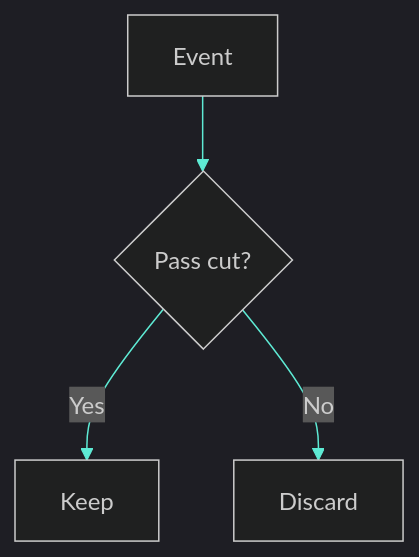
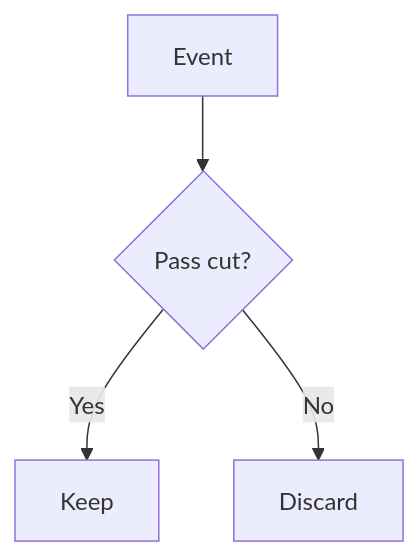
The second of 4 diagrams in lectures/content/slides/05_Markdown_and_VS_Code.md (MindaugasSarpis/CERN_lessons_on_data_analysis), drawn with Mermaid before and after one commit. The commit also changed other lines of this file and 11 other files, not shown here.

````diff
--- a/lectures/content/slides/05_Markdown_and_VS_Code.md
+++ b/lectures/content/slides/05_Markdown_and_VS_Code.md
@@ -776,7 +775,6 @@
 ```mermaid {scale: 0.7}
-%%{init: {'theme': 'dark', 'themeVariables': {'primaryColor': '#0f1f3d', 'primaryBorderColor': '#60a5fa', 'primaryTextColor': '#e2e8f0', 'lineColor': '#5eead4'}, 'flowchart': {'curve': 'basis'}}}%%
 flowchart TD
   A[Event] --> B{Pass cut?}
   B -->|Yes| C[Keep]
   B -->|No| D[Discard]
 ```
````
